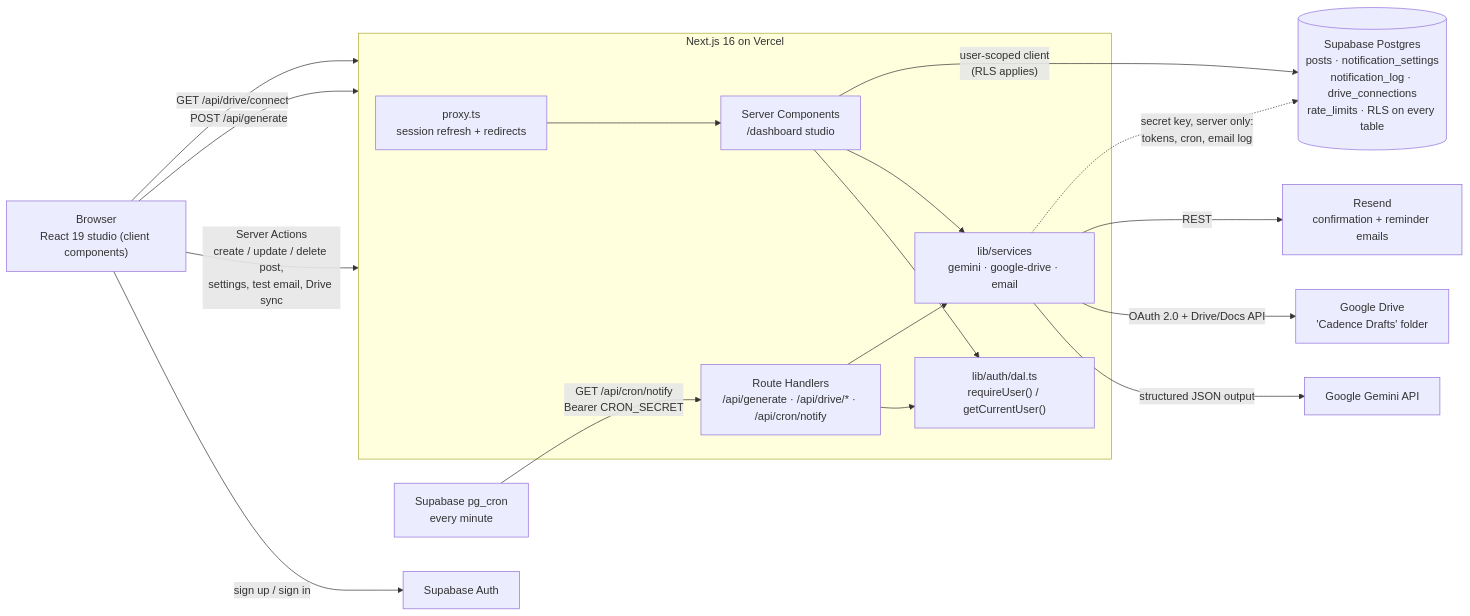
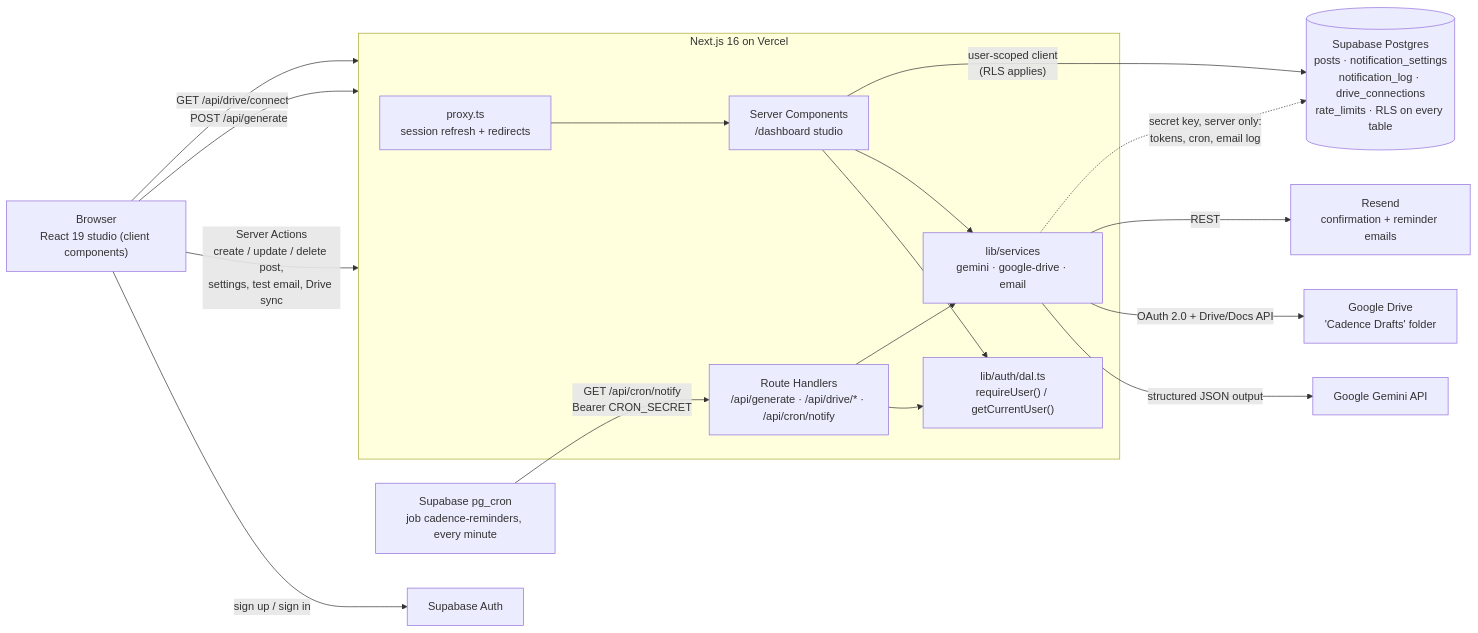
Before and after one commit to zainashrafofficial/eventdesk: the first of 2 diagrams in README.md, drawn with Mermaid. The commit also changed other lines of this file and 17 other files, not shown here.

````diff
--- a/README.md
+++ b/README.md
@@ -59,21 +59,21 @@
 ```mermaid
 flowchart LR
   B["Browser<br/>React 19 studio (client components)"] -->|"Server Actions<br/>create / update / delete post,<br/>settings, test email, Drive sync"| N
   B -->|"POST /api/generate"| N
   B -->|"GET /api/drive/connect"| N
   B -->|"sign up / sign in"| AU["Supabase Auth"]
   subgraph N["Next.js 16 on Vercel"]
     P["proxy.ts<br/>session refresh + redirects"] --> R["Server Components<br/>/dashboard studio"]
     R --> D["lib/auth/dal.ts<br/>requireUser() / getCurrentUser()"]
     A["Route Handlers<br/>/api/generate · /api/drive/* · /api/cron/notify"] --> D
     S["lib/services<br/>gemini · google-drive · email"]
     A --> S
     R --> S
   end
   R -->|"user-scoped client<br/>(RLS applies)"| DB[("Supabase Postgres<br/>posts · notification_settings<br/>notification_log · drive_connections<br/>rate_limits · RLS on every table")]
   S -->|"structured JSON output"| G["Google Gemini API"]
   S -->|"OAuth 2.0 + Drive/Docs API"| GD["Google Drive<br/>'Cadence Drafts' folder"]
   S -->|"REST"| RS["Resend<br/>confirmation + reminder emails"]
   S -.->|"secret key, server only:<br/>tokens, cron, email log"| DB
-  CR["Supabase pg_cron<br/>every minute"] -->|"GET /api/cron/notify<br/>Bearer CRON_SECRET"| A
+  CR["Supabase pg_cron<br/>job cadence-reminders, every minute"] -->|"GET /api/cron/notify<br/>Bearer CRON_SECRET"| A
 ```
````
